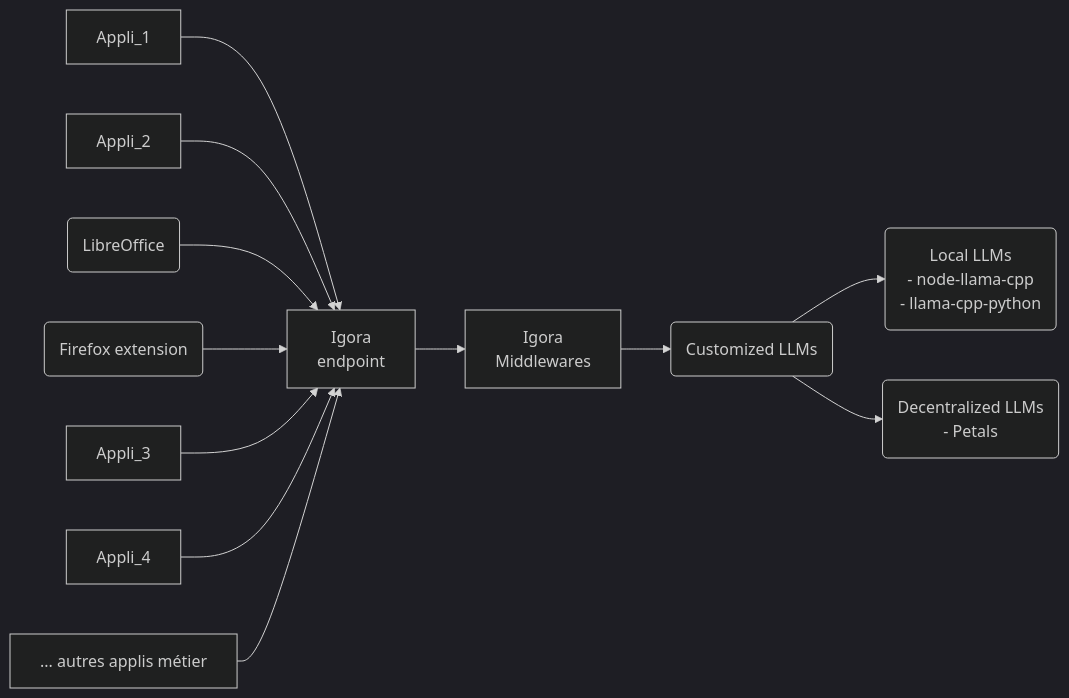
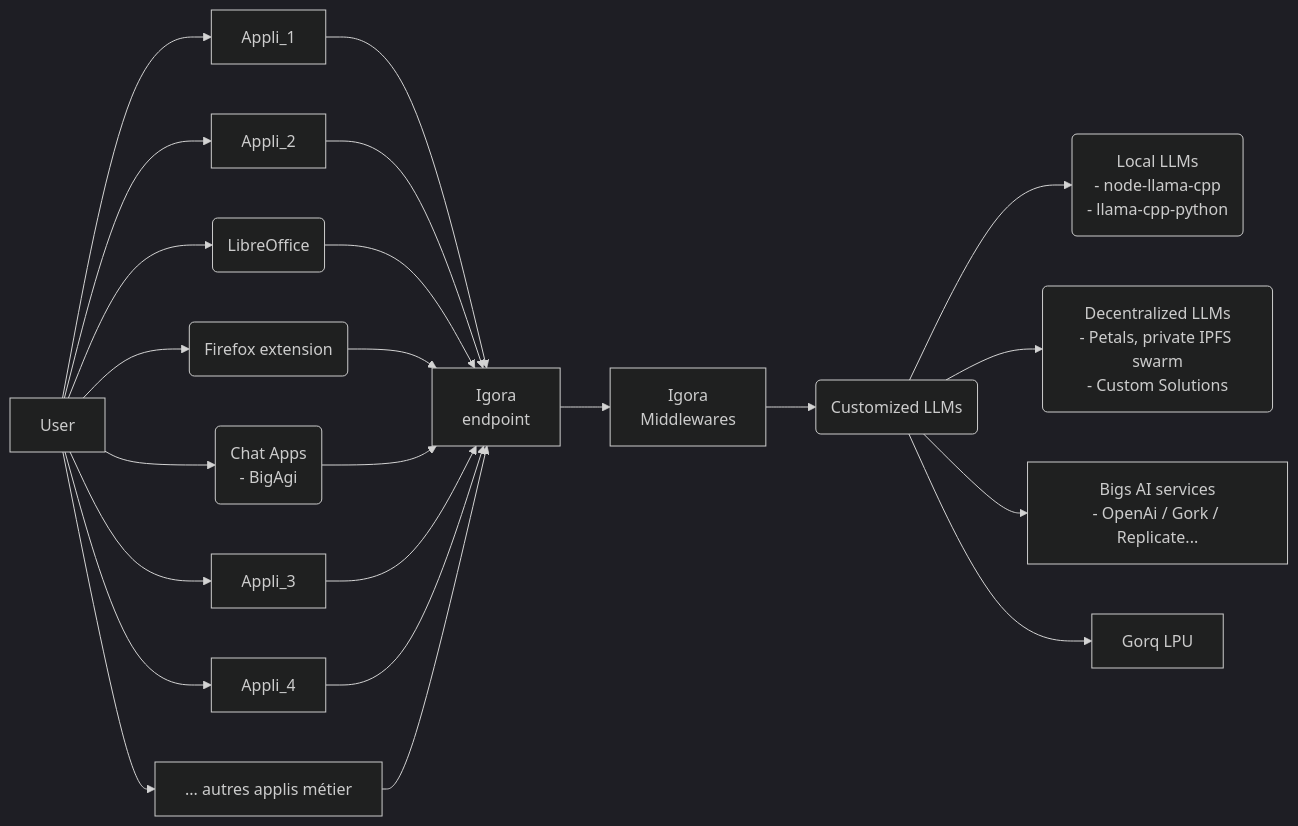
The first of 2 diagrams in architecture.md (scenaristeur/igora), drawn with Mermaid (dark theme) before and after one commit. The commit also changed other lines of this file and 1 other file, not shown here.

````diff
--- a/architecture.md
+++ b/architecture.md
@@ -3,18 +3,22 @@
 ```mermaid
 
 graph LR;
     Appli_1--> Igora[Igora \n endpoint];
     Appli_2--> Igora;
 
    LibreOffice(LibreOffice)--> Igora;
     Firefox(Firefox extension) --> Igora;
+    ChatApp(Chat Apps\n- BigAgi)--> Igora;
     Appli_3--> Igora;
     Appli_4--> Igora;
     etc[... autres applis métier]--> Igora;
     Igora --> Middlewares[Igora \n Middlewares];
     Middlewares --> LLMs(Customized LLMs)
     LLMs --> Local(Local LLMs\n- node-llama-cpp\n- llama-cpp-python)
-    LLMs --> Decentralized(Decentralized LLMs\n- Petals)
+    LLMs --> Decentralized(Decentralized LLMs\n- Petals, private IPFS swarm\n- Custom Solutions)
+    LLMs --> bigAI[Bigs AI services\n- OpenAi / Gork / Replicate...]
+    LLMs --> Gorq[Gorq LPU]
+    User -->Appli_1 & Appli_2 & Appli_3 & Appli_4 & Firefox & ChatApp & etc & LibreOffice
 
 
 ```
````
